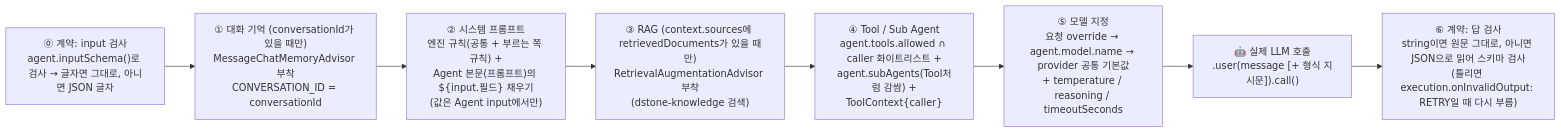
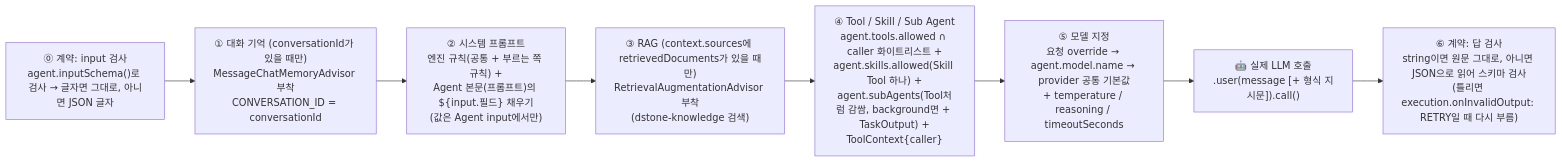
Before and after one commit to YongSoekChoeng/dstone: the eighth of 10 diagrams in docs/09.dstone-ai-engine.md, drawn with Mermaid. The commit also changed other lines of this file and 28 other files, not shown here.

First line of the commit message:
dstone-ai-engine: Agent Skills와 Sub Agent 백그라운드 실행 추가(spring-ai-agent-utils)

````diff
--- a/docs/09.dstone-ai-engine.md
+++ b/docs/09.dstone-ai-engine.md
@@ -852,11 +856,11 @@
 ```mermaid
 flowchart LR
     S0["⓪ 계약: input 검사\nagent.inputSchema()로 검사 → 글자면 그대로, 아니면 JSON 글자"] --> S1
     S1["① 대화 기억 (conversationId가 있을 때만)\nMessageChatMemoryAdvisor 부착\nCONVERSATION_ID = conversationId"] --> S2
     S2["② 시스템 프롬프트\n엔진 규칙(공통 + 부르는 쪽 규칙) +\nAgent 본문(프롬프트)의 ${input.필드} 채우기\n(값은 Agent input에서만)"] --> S3
     S3["③ RAG (context.sources에 retrievedDocuments가 있을 때만)\nRetrievalAugmentationAdvisor 부착\n(dstone-knowledge 검색)"] --> S4
-    S4["④ Tool / Sub Agent\nagent.tools.allowed ∩ caller 화이트리스트 +\nagent.subAgents(Tool처럼 감쌈) +\nToolContext{caller}"] --> S5
+    S4["④ Tool / Skill / Sub Agent\nagent.tools.allowed ∩ caller 화이트리스트 +\nagent.skills.allowed(Skill Tool 하나) +\nagent.subAgents(Tool처럼 감쌈, background면 + TaskOutput) +\nToolContext{caller}"] --> S5
     S5["⑤ 모델 지정\n요청 override → agent.model.name → provider 공통 기본값\n+ temperature / reasoning / timeoutSeconds"] --> LLM
     LLM["🤖 실제 LLM 호출\n.user(message [+ 형식 지시문]).call()"] --> S6
     S6["⑥ 계약: 답 검사\nstring이면 원문 그대로, 아니면 JSON으로 읽어 스키마 검사\n(틀리면 execution.onInvalidOutput: RETRY일 때 다시 부름)"]
 ```
````
